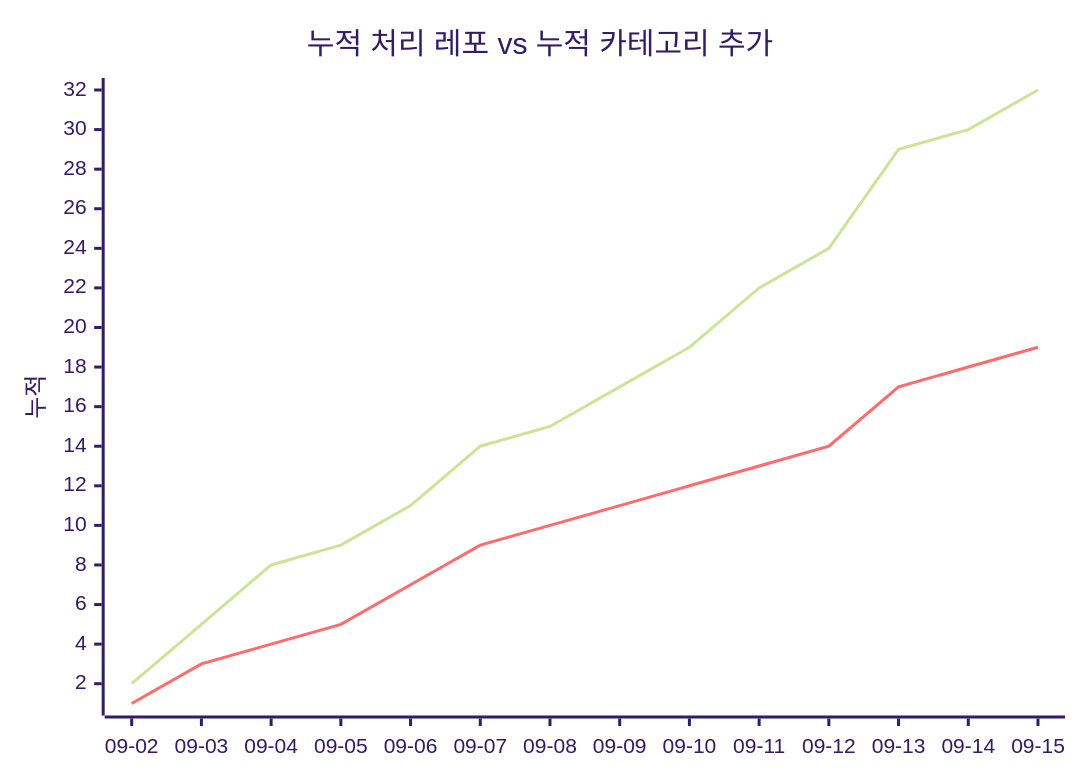
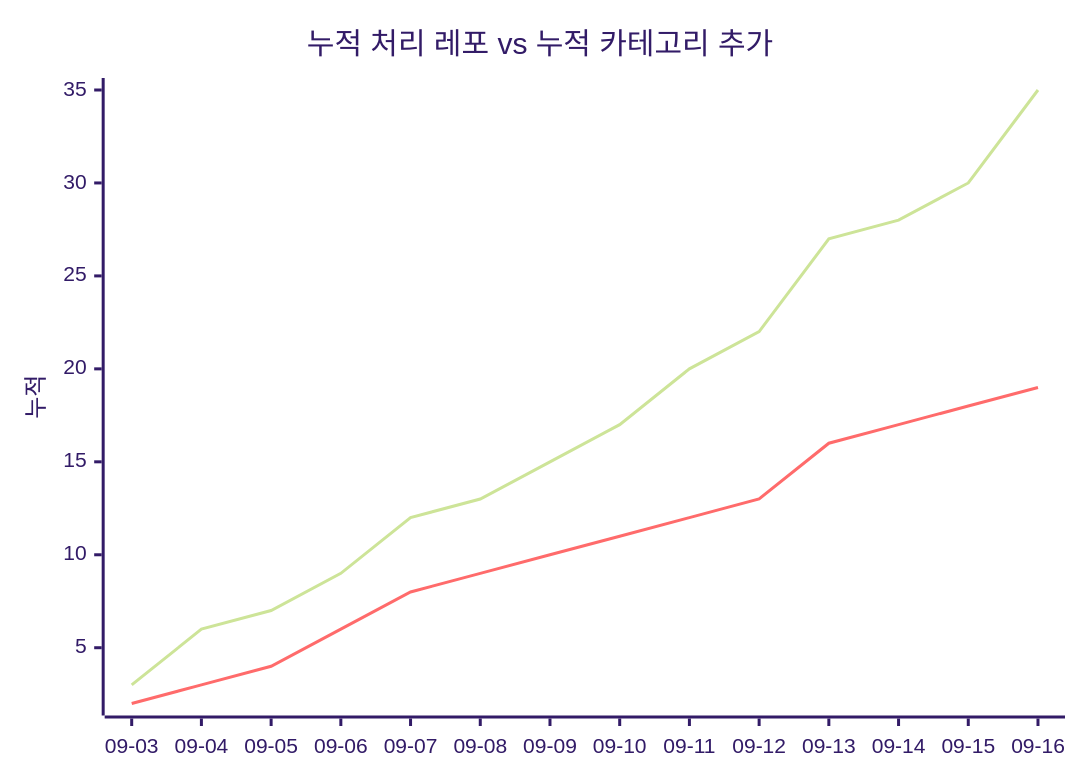
The second of 2 diagrams in docs/trends.md (J-nowcow/awesome-korean-agent-skills), drawn with Mermaid (forest theme) before and after one commit. The commit also changed other lines of this file and 4 other files, not shown here.

````diff
--- a/docs/trends.md
+++ b/docs/trends.md
@@ -68,8 +68,8 @@
 ```mermaid
 xychart-beta
     title "누적 처리 레포 vs 누적 카테고리 추가"
-    x-axis ["09-02","09-03","09-04","09-05","09-06","09-07","09-08","09-09","09-10","09-11","09-12","09-13","09-14","09-15"]
+    x-axis ["09-03","09-04","09-05","09-06","09-07","09-08","09-09","09-10","09-11","09-12","09-13","09-14","09-15","09-16"]
     y-axis "누적"
-    line [2,5,8,9,11,14,15,17,19,22,24,29,30,32]
-    line [1,3,4,5,7,9,10,11,12,13,14,17,18,19]
+    line [3,6,7,9,12,13,15,17,20,22,27,28,30,35]
+    line [2,3,4,6,8,9,10,11,12,13,16,17,18,19]
 ```
````
